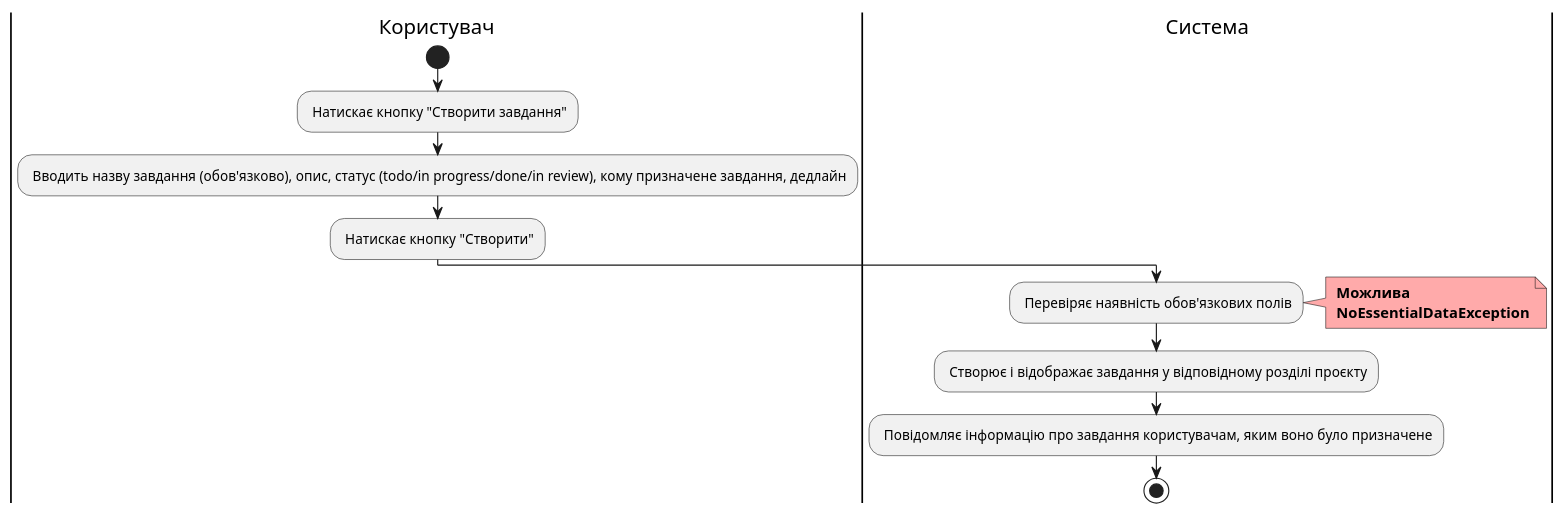
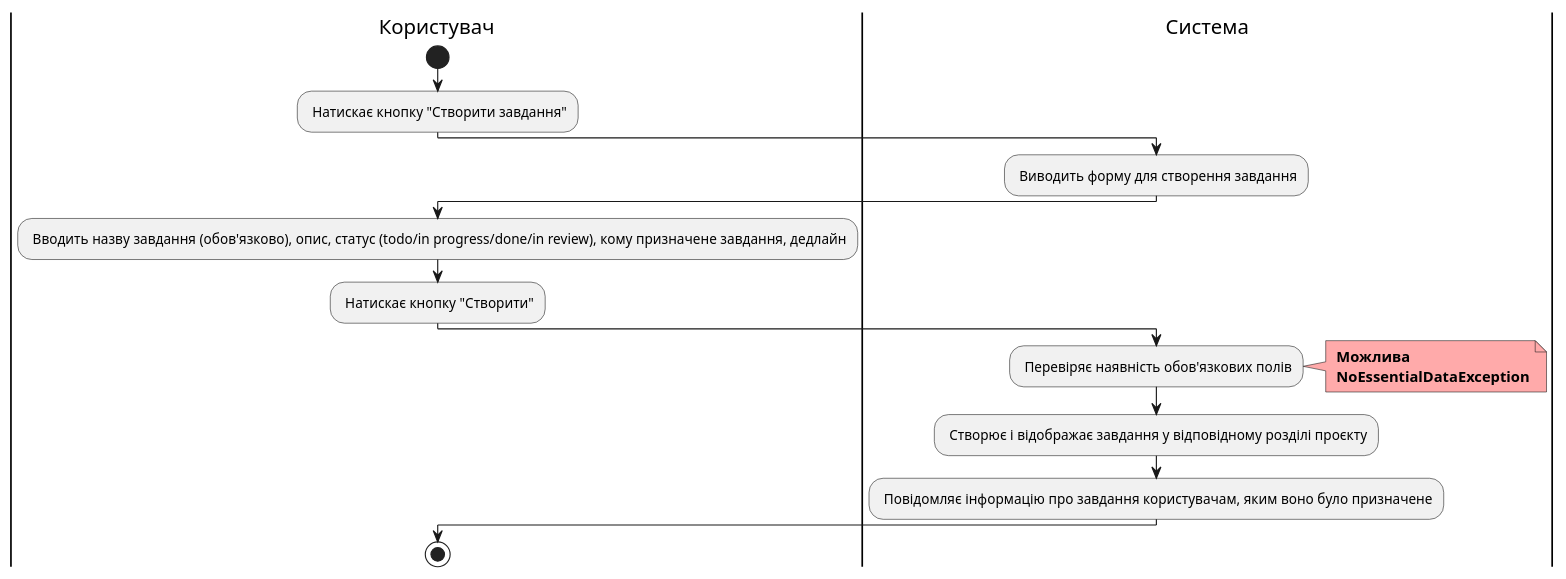
The ninth of 10 diagrams in docs/use cases/README.md (witchkaa/databases-course-work), drawn with PlantUML before and after one commit. The commit also changed other lines of this file, not shown here.

```diff
--- a/docs/use cases/README.md
+++ b/docs/use cases/README.md
@@ -333,20 +362,26 @@
 @startuml
 
     |Користувач|
     start;
     : Натискає кнопку "Створити завдання";
+
+    |Система|
+        : Виводить форму для створення завдання;
+
+    |Користувач|
     : Вводить назву завдання (обов'язково), опис, статус (todo/in progress/done/in review), кому призначене завдання, дедлайн;
     : Натискає кнопку "Створити";
     
     
     |Система|
     : Перевіряє наявність обов'язкових полів;
     note right #ffaaaa
     <b> Можлива
     <b> NoEssentialDataException
     end note
     : Створює і відображає завдання у відповідному розділі проєкту;
     : Повідомляє інформацію про завдання користувачам, яким воно було призначене;
-    stop;
 
+     |Користувач|
+        stop;
 @enduml
```
